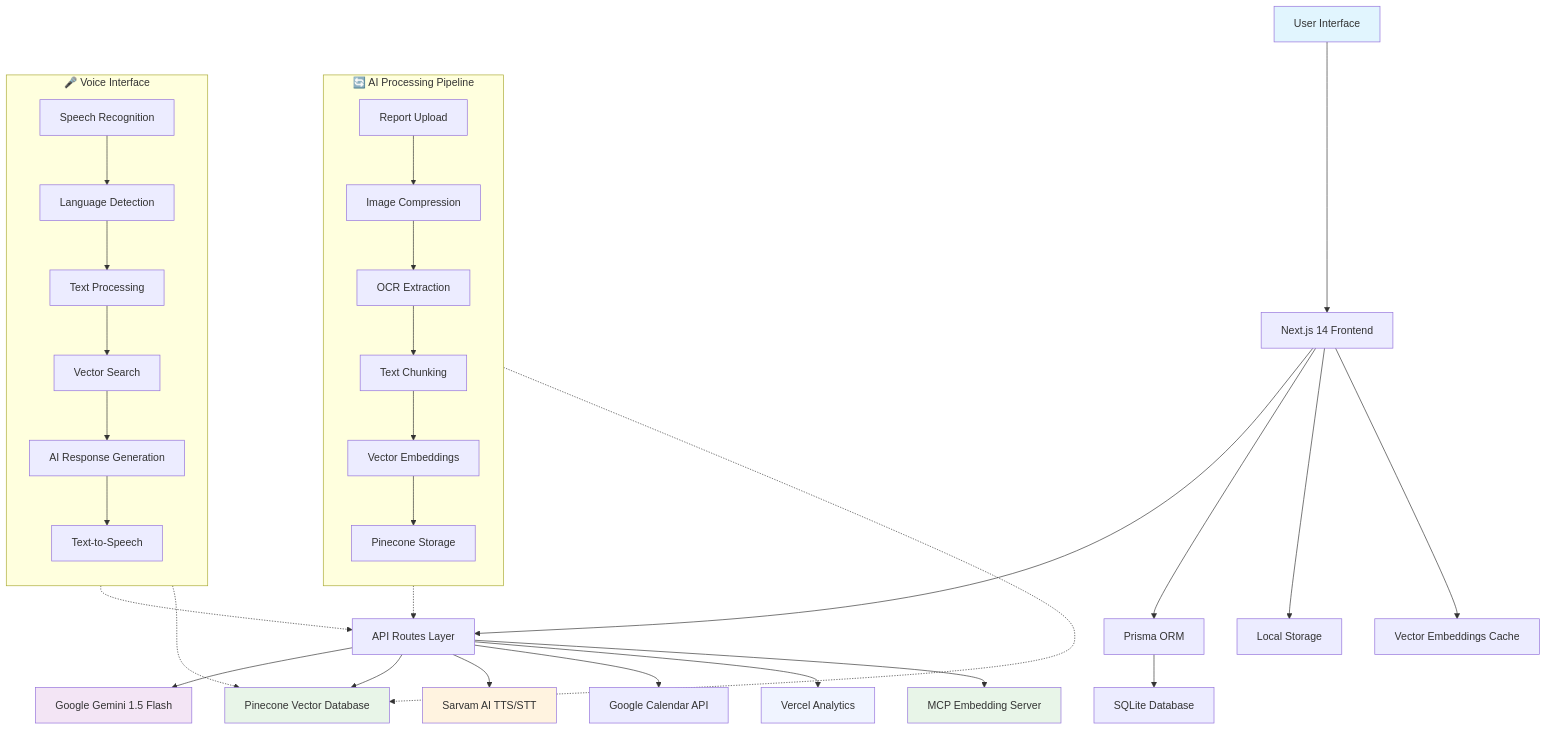
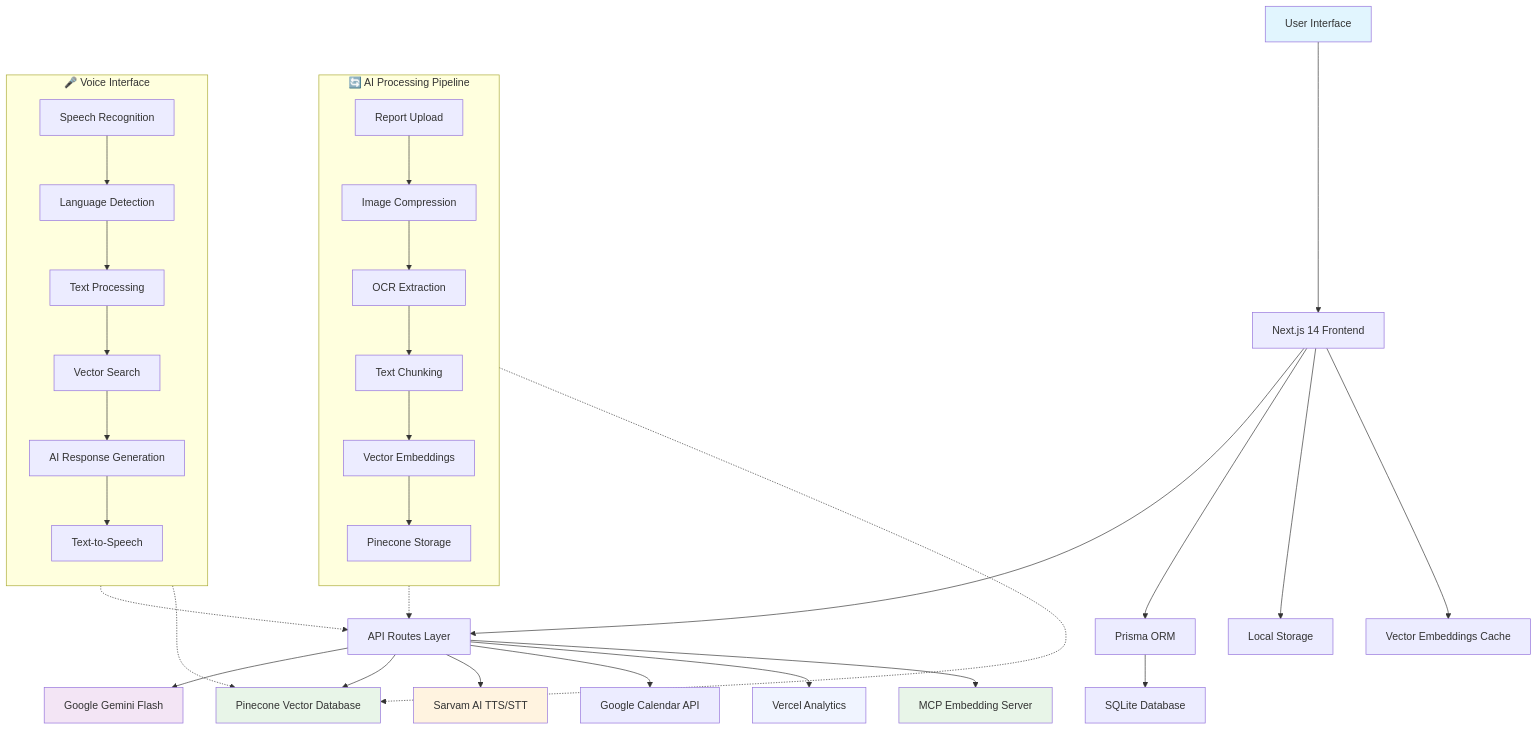
One commit to sreeshanth-soma/Alephra changed the diagram in README.md. Above: the diagram before and after it, drawn with Mermaid. The commit also changed other lines of this file and 7 other files, not shown here.

````diff
--- a/README.md
+++ b/README.md
@@ -129,48 +138,48 @@
 ```mermaid
 graph TB
     A[User Interface] --> B[Next.js 14 Frontend]
     B --> C[API Routes Layer]
     
-    C --> D[Google Gemini 1.5 Flash]
+    C --> D[Google Gemini Flash]
     C --> E[Pinecone Vector Database]
     C --> F[Sarvam AI TTS/STT]
     C --> G[Google Calendar API]
     C --> H[Vercel Analytics]
     C --> I[MCP Embedding Server]
     
     B --> J[Prisma ORM]
     J --> K[SQLite Database]
     B --> L[Local Storage]
     B --> M[Vector Embeddings Cache]
     
     subgraph "🔄 AI Processing Pipeline"
         direction TB
         N[Report Upload] --> O[Image Compression]
         O --> P[OCR Extraction]
         P --> Q[Text Chunking]
         Q --> R[Vector Embeddings]
         R --> S[Pinecone Storage]
     end
     
     subgraph "🎤 Voice Interface"
         direction TB
         T[Speech Recognition] --> U[Language Detection]
         U --> V[Text Processing]
         V --> W[Vector Search]
         W --> X[AI Response Generation]
         X --> Y[Text-to-Speech]
     end
     
     %% Connect subgraphs to main flow
     N -.-> C
     T -.-> C
     W -.-> E
     R -.-> E
     
     style A fill:#e1f5fe
     style D fill:#f3e5f5
     style E fill:#e8f5e8
     style F fill:#fff3e0
     style H fill:#f0f4ff
     style I fill:#e8f5e8
 ```
````
